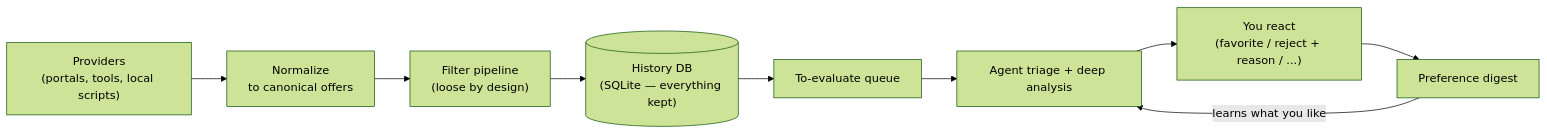
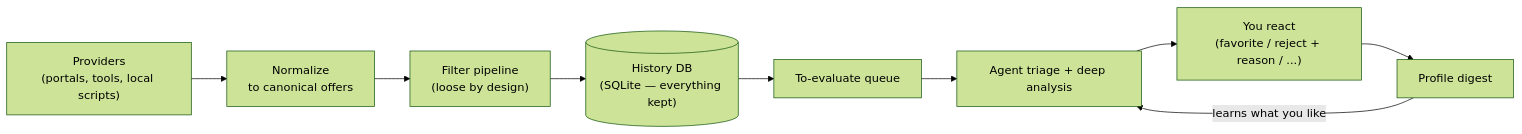
One commit to giadefz/housing-ops changed the diagram in README.md. Above: the diagram before and after it, drawn with Mermaid (forest theme). The commit also changed other lines of this file and 8 other files, not shown here.

````diff
--- a/README.md
+++ b/README.md
@@ -47,11 +47,11 @@
 ```mermaid
 flowchart LR
   P["Providers<br/>(portals, tools, local scripts)"] --> N["Normalize<br/>to canonical offers"]
   N --> F["Filter pipeline<br/>(loose by design)"]
   F --> S[("History DB<br/>(SQLite — everything kept)")]
   S --> Q["To-evaluate queue"]
   Q --> T["Agent triage + deep analysis"]
   T --> Y["You react<br/>(favorite / reject + reason / ...)"]
-  Y --> D["Preference digest"]
+  Y --> D["Profile digest"]
   D -->|"learns what you like"| T
 ```
````
